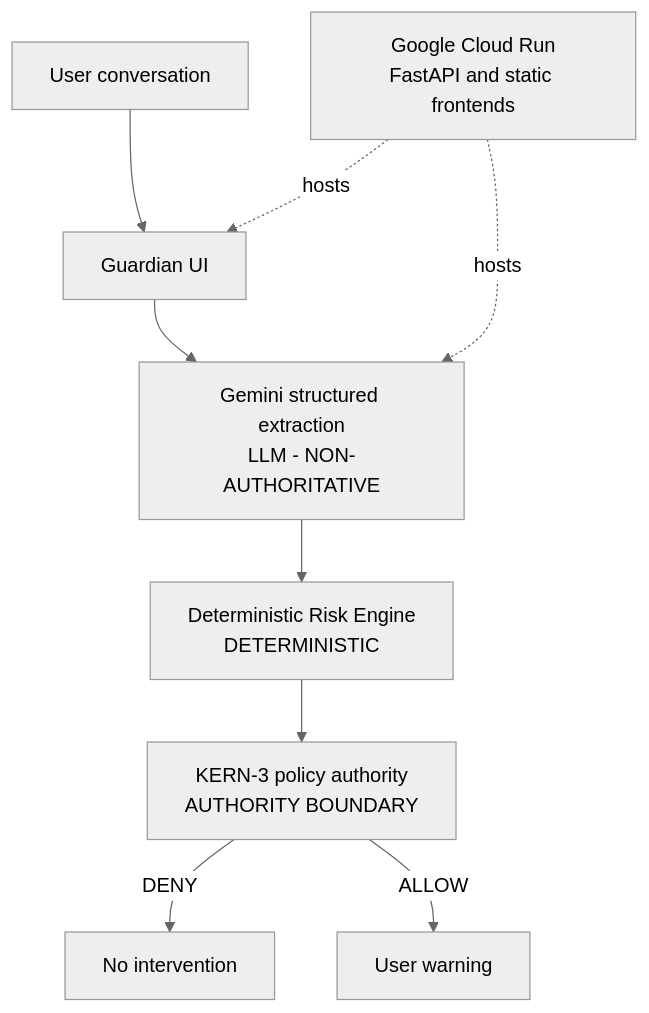
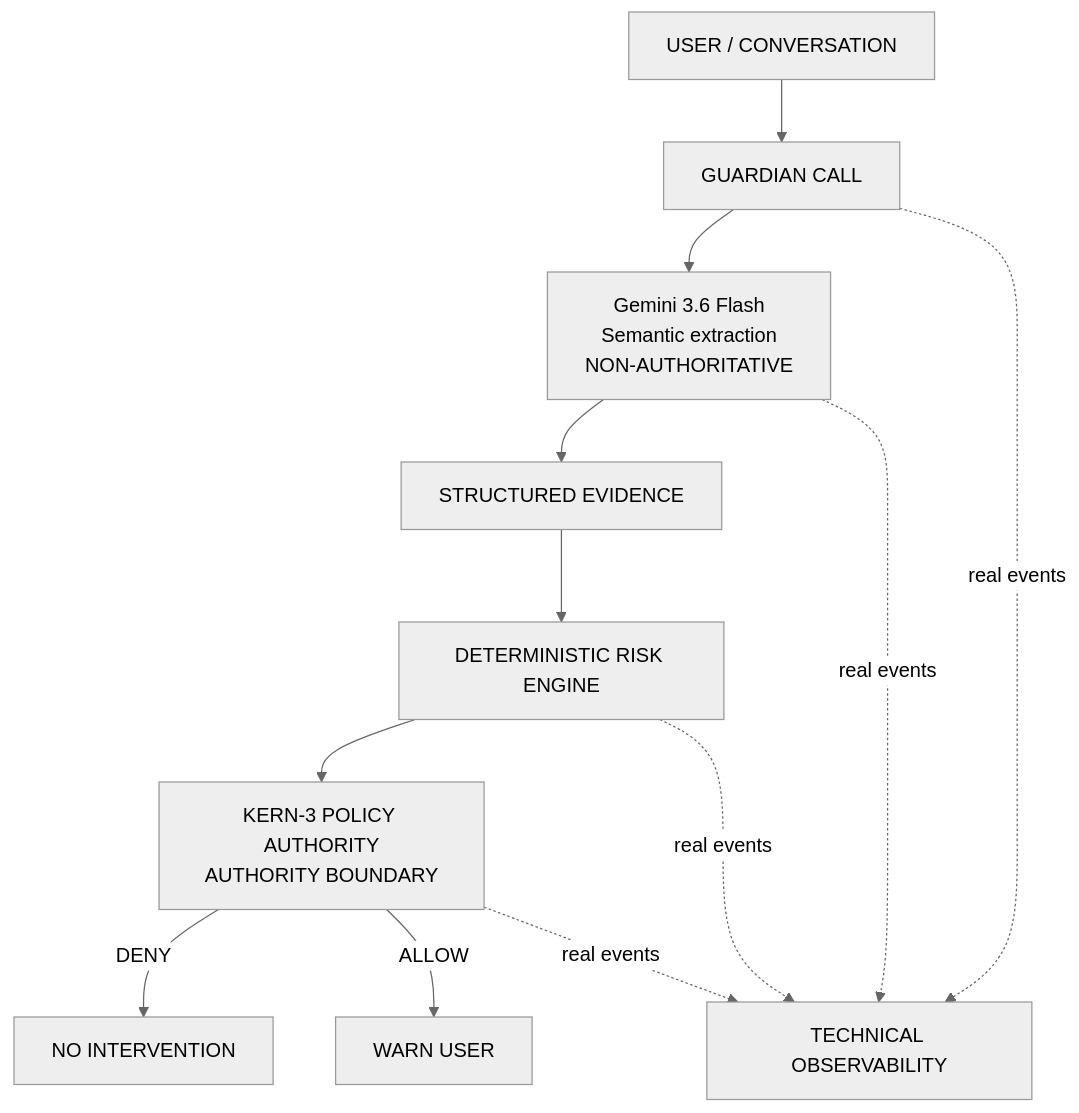
The diagram in README.md (evilgreen94/Guardian_call), drawn with Mermaid (neutral theme) before and after one commit. The commit also changed other lines of this file and 1 other file, not shown here.

Commit message:
Polish KERN-3 hackathon documentation

````diff
--- a/README.md
+++ b/README.md
@@ -17,11 +38,14 @@
 ```mermaid
 flowchart TD
-    U[User conversation] --> G[Guardian UI]
-    G --> X[Gemini structured extraction<br/>LLM - NON-AUTHORITATIVE]
-    X --> R[Deterministic Risk Engine<br/>DETERMINISTIC]
-    R --> K[KERN-3 policy authority<br/>AUTHORITY BOUNDARY]
-    K -->|DENY| N[No intervention]
-    K -->|ALLOW| W[User warning]
-    C[Google Cloud Run<br/>FastAPI and static frontends] -. hosts .-> G
-    C -. hosts .-> X
+    U[USER / CONVERSATION] --> G[GUARDIAN CALL]
+    G --> X[Gemini 3.6 Flash<br/>Semantic extraction<br/>NON-AUTHORITATIVE]
+    X --> E[STRUCTURED EVIDENCE]
+    E --> R[DETERMINISTIC RISK ENGINE]
+    R --> K[KERN-3 POLICY AUTHORITY<br/>AUTHORITY BOUNDARY]
+    K -->|DENY| N[NO INTERVENTION]
+    K -->|ALLOW| W[WARN USER]
+    G -. real events .-> O[TECHNICAL OBSERVABILITY]
+    X -. real events .-> O
+    R -. real events .-> O
+    K -. real events .-> O
 ```
````
